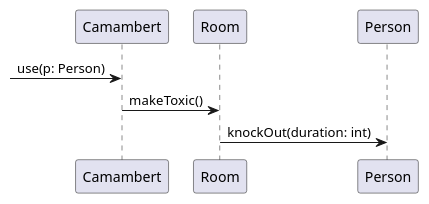
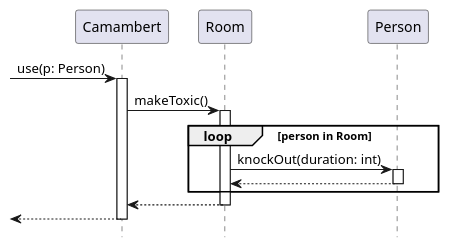
The diagram in docs/diagrams/sequence/camambert.puml (sn4k3ch4rm3r/logarlec), drawn with PlantUML before and after one commit. The commit also changed 3 other files, not shown here.

Commit message:
Added sequence diagrams

```diff
--- a/docs/diagrams/sequence/camambert.puml
+++ b/docs/diagrams/sequence/camambert.puml
@@ -1,7 +1,14 @@
 @startuml camambert-sequence
 
- -> Camambert: use(p: Person)
-    Camambert -> Room: makeToxic()
-    Room -> Person: knockOut(duration: int)
+hide footbox
+
+ -> Camambert ++: use(p: Person)
+    Camambert -> Room ++: makeToxic()
+    loop person in Room
+        Room -> Person ++: knockOut(duration: int)
+        Room <-- Person --
+    end
+Camambert <-- Room --
+<-- Camambert --
 	
 @enduml
```
